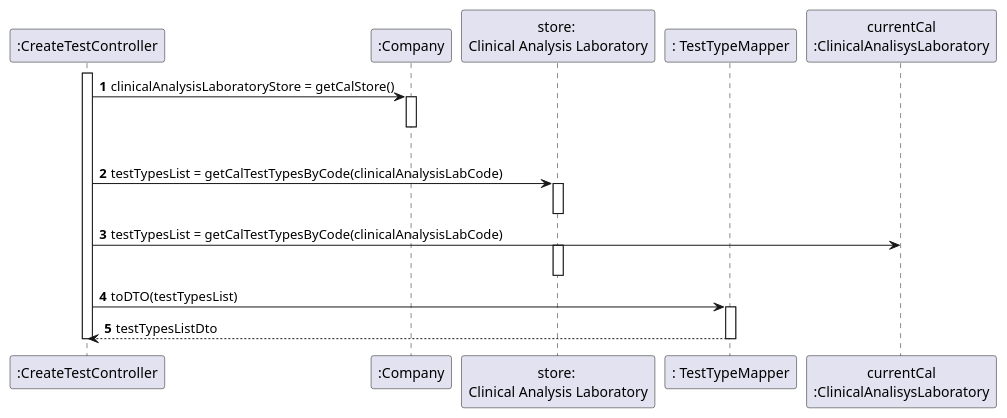
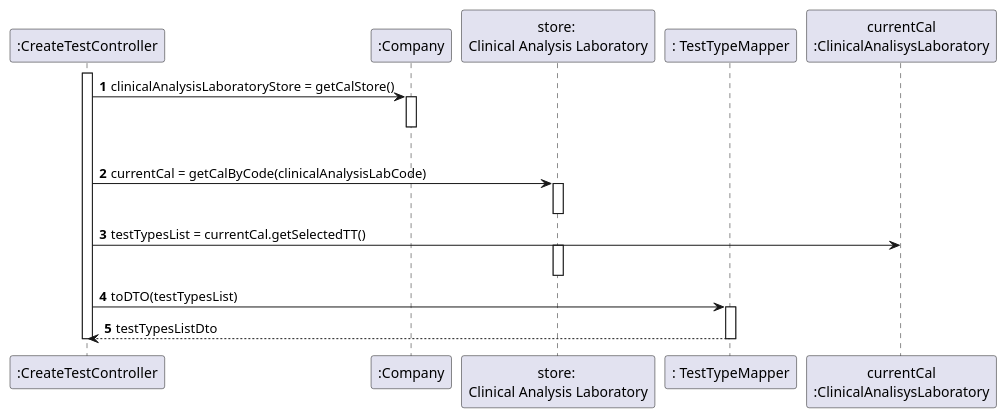
Before and after one commit to ana-albergaria/LAPR2-ISEP: the diagram in docs/SprintC/US_4/SD_getTestTypes(calCode).puml, drawn with PlantUML. The commit also changed 5 other files, not shown here.

```diff
--- a/docs/SprintC/US_4/SD_getTestTypes(calCode).puml
+++ b/docs/SprintC/US_4/SD_getTestTypes(calCode).puml
@@ -1,33 +1,33 @@
 @startuml
 'https://plantuml.com/sequence-diagram
 autonumber
 
 participant ":CreateTestController" as CTRL
 participant ":Company" as PLAT
 participant "store: \nClinical Analysis Laboratory" as CALSTORE
 participant ": TestTypeMapper" as TT_MAPPER
 participant "currentCal\n:ClinicalAnalisysLaboratory" as CAL
 
 activate CTRL
 CTRL -> PLAT : clinicalAnalysisLaboratoryStore = getCalStore()
 activate PLAT
 |||
 deactivate PLAT
 
 
-CTRL -> CALSTORE : testTypesList = getCalTestTypesByCode(clinicalAnalysisLabCode)
+CTRL -> CALSTORE : currentCal = getCalByCode(clinicalAnalysisLabCode)
 activate CALSTORE
 deactivate CALSTORE
 
-CTRL -> CAL : testTypesList = getCalTestTypesByCode(clinicalAnalysisLabCode)
+CTRL -> CAL : testTypesList = currentCal.getSelectedTT()
 activate CALSTORE
 deactivate CALSTORE
 
 CTRL -> TT_MAPPER : toDTO(testTypesList)
 activate TT_MAPPER
 
 CTRL<-- TT_MAPPER : testTypesListDto
 deactivate TT_MAPPER
 deactivate CTRL
 
 @enduml
```
